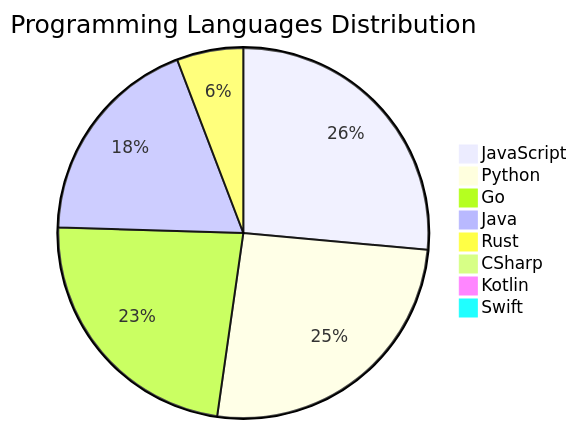
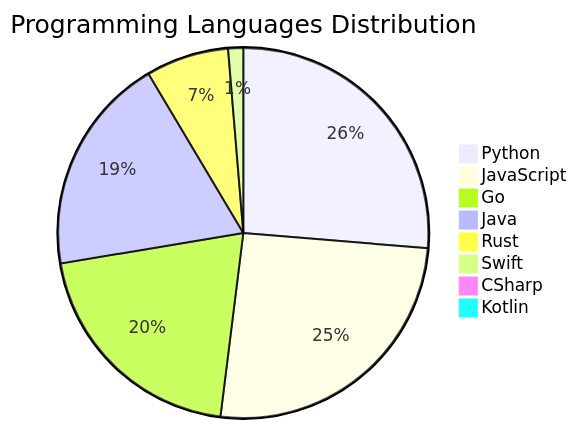
The diagram in README.md (Derrick-MUGISHA/github-activity-bot), drawn with Mermaid before and after one commit. The commit also changed other lines of this file and 4 other files, not shown here.

````diff
--- a/README.md
+++ b/README.md
@@ -208,11 +208,11 @@
 ```mermaid
 pie title Programming Languages Distribution
-    "JavaScript" : 41
     "Python" : 40
-    "Go" : 36
+    "JavaScript" : 39
+    "Go" : 31
     "Java" : 29
-    "Rust" : 9
+    "Rust" : 11
+    "Swift" : 2
     "CSharp" : 1
     "Kotlin" : 1
-    "Swift" : 1
 ```
````
